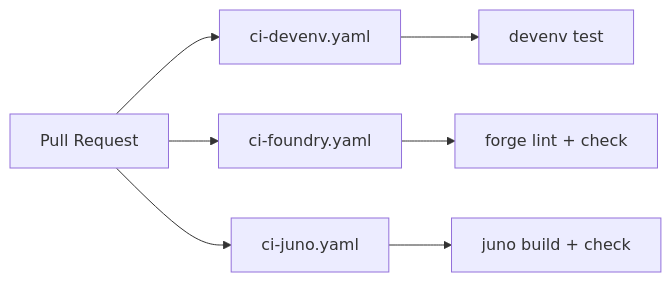
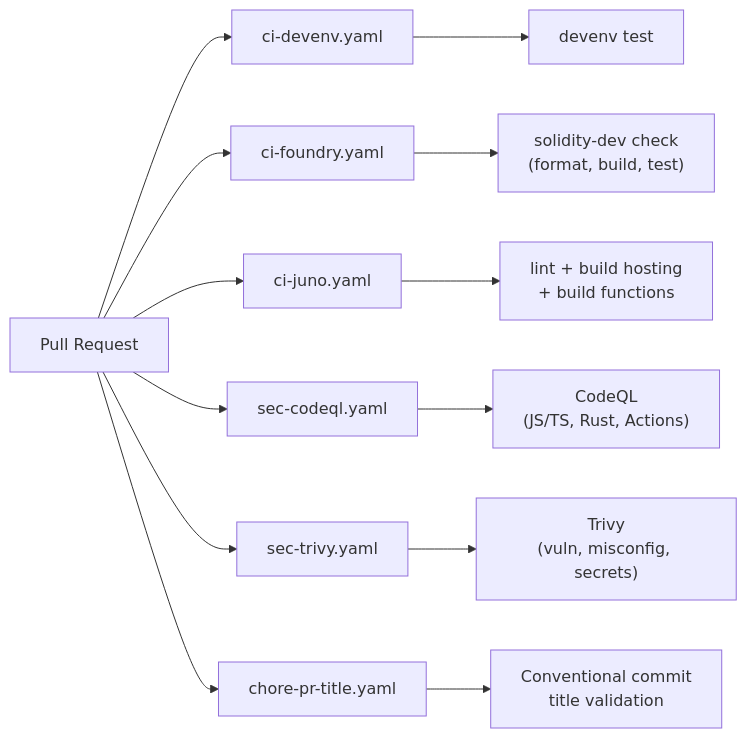
The third of 3 diagrams in docs/ci-cd.md (tresr-community/tresr-game), drawn with Mermaid before and after one commit. The commit also changed other lines of this file and 76 other files, not shown here.

````diff
--- a/docs/ci-cd.md
+++ b/docs/ci-cd.md
@@ -74,10 +66,16 @@
 ```mermaid
 graph LR
     PR["Pull Request"] --> CI["ci-devenv.yaml"]
     PR --> FCI["ci-foundry.yaml"]
     PR --> JCI["ci-juno.yaml"]
+    PR --> SEC1["sec-codeql.yaml"]
+    PR --> SEC2["sec-trivy.yaml"]
+    PR --> CHK["chore-pr-title.yaml"]
 
     CI --> T1["devenv test"]
-    FCI --> T2["forge lint + check"]
-    JCI --> T3["juno build + check"]
+    FCI --> T2["solidity-dev check<br/>(format, build, test)"]
+    JCI --> T3["lint + build hosting<br/>+ build functions"]
+    SEC1 --> T4["CodeQL<br/>(JS/TS, Rust, Actions)"]
+    SEC2 --> T5["Trivy<br/>(vuln, misconfig, secrets)"]
+    CHK --> T6["Conventional commit<br/>title validation"]
 ```
````
